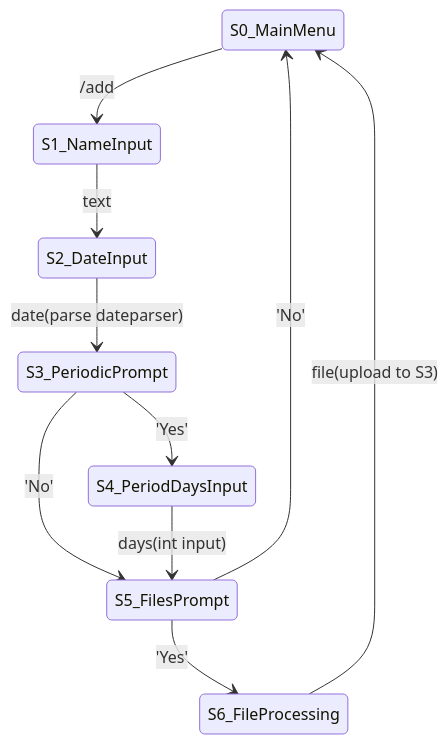
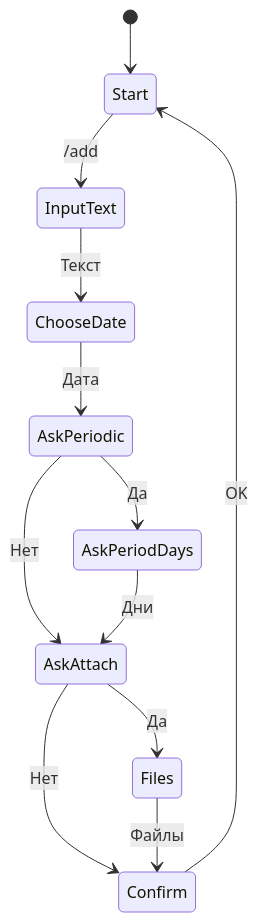
One commit to n1gh7c0re/reminder_bot changed the first of 3 diagrams in API_Course_Task.md. Above: the diagram before and after it, drawn with Mermaid. The commit also changed other lines of this file, not shown here.

````diff
--- a/API_Course_Task.md
+++ b/API_Course_Task.md
@@ -14,12 +22,14 @@
 ```mermaid
 stateDiagram-v2
-    S0_MainMenu --> S1_NameInput: /add
-    S1_NameInput --> S2_DateInput: text
-    S2_DateInput --> S3_PeriodicPrompt: date(parse dateparser)
-    S3_PeriodicPrompt --> S4_PeriodDaysInput: 'Yes'
-    S3_PeriodicPrompt --> S5_FilesPrompt: 'No'
-    S4_PeriodDaysInput --> S5_FilesPrompt: days(int input)
-    S5_FilesPrompt --> S6_FileProcessing: 'Yes'
-    S5_FilesPrompt --> S0_MainMenu: 'No'
-    S6_FileProcessing --> S0_MainMenu: file(upload to S3)
+    [*] --> Start
+    Start --> InputText: /add
+    InputText --> ChooseDate: Текст
+    ChooseDate --> AskPeriodic: Дата
+    AskPeriodic --> AskPeriodDays: Да
+    AskPeriodic --> AskAttach: Нет
+    AskPeriodDays --> AskAttach: Дни
+    AskAttach --> Confirm: Нет
+    AskAttach --> Files: Да
+    Files --> Confirm: Файлы
+    Confirm --> Start: OK
 ```
````
